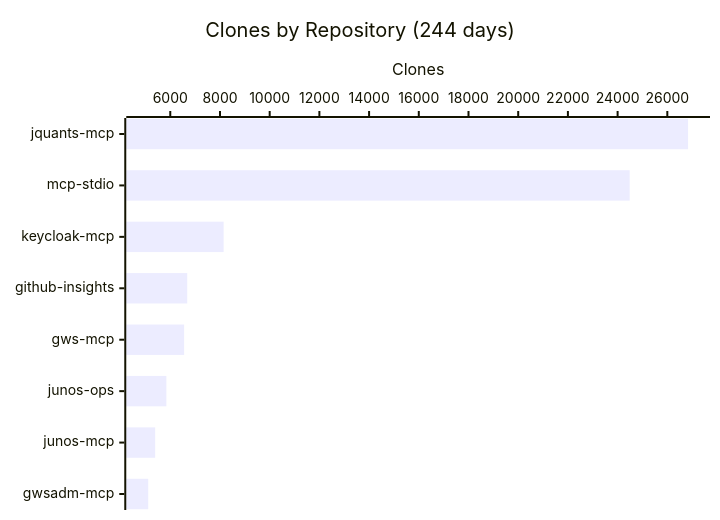
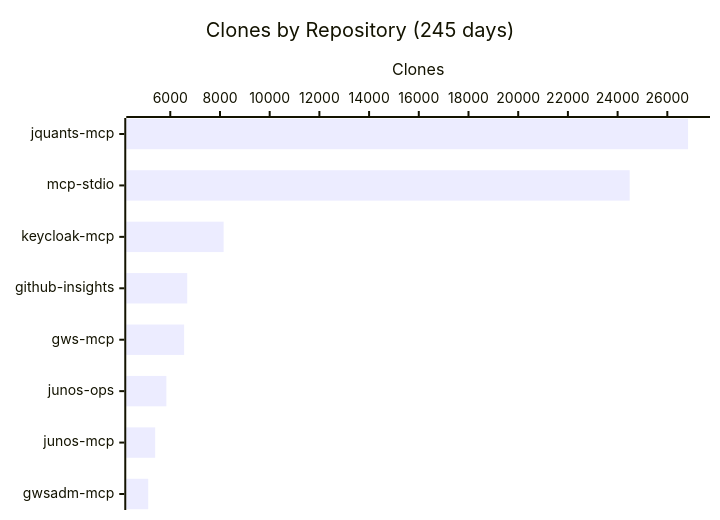
Before and after one commit to shigechika/github-insights: the fourth of 4 diagrams in README.md, drawn with Mermaid. The commit also changed other lines of this file and 1 other file, not shown here.

````diff
--- a/README.md
+++ b/README.md
@@ -58,7 +58,7 @@
 ```mermaid
 xychart-beta horizontal
-    title "Clones by Repository (244 days)"
+    title "Clones by Repository (245 days)"
     x-axis ["jquants-mcp", "mcp-stdio", "keycloak-mcp", "github-insights", "gws-mcp", "junos-ops", "junos-mcp", "gwsadm-mcp"]
     y-axis "Clones"
     bar [26835, 24485, 8147, 6682, 6558, 5844, 5392, 5112]
 ```
````
